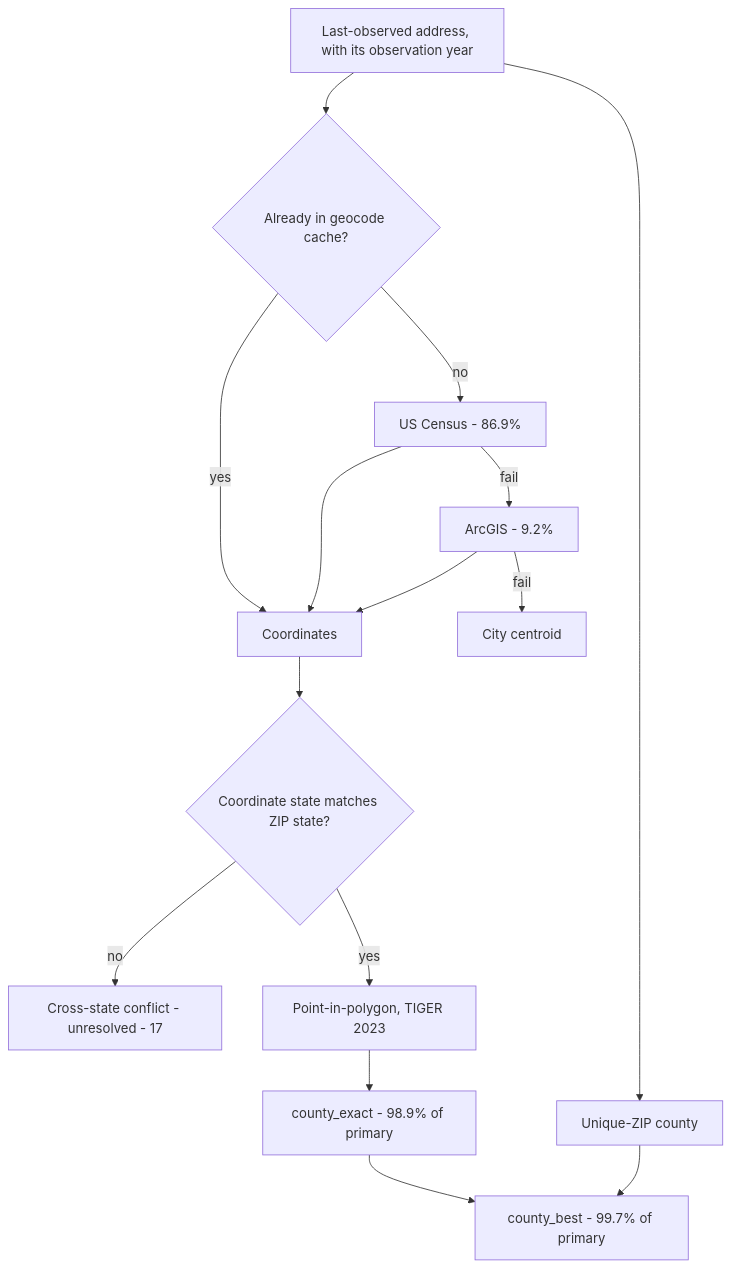
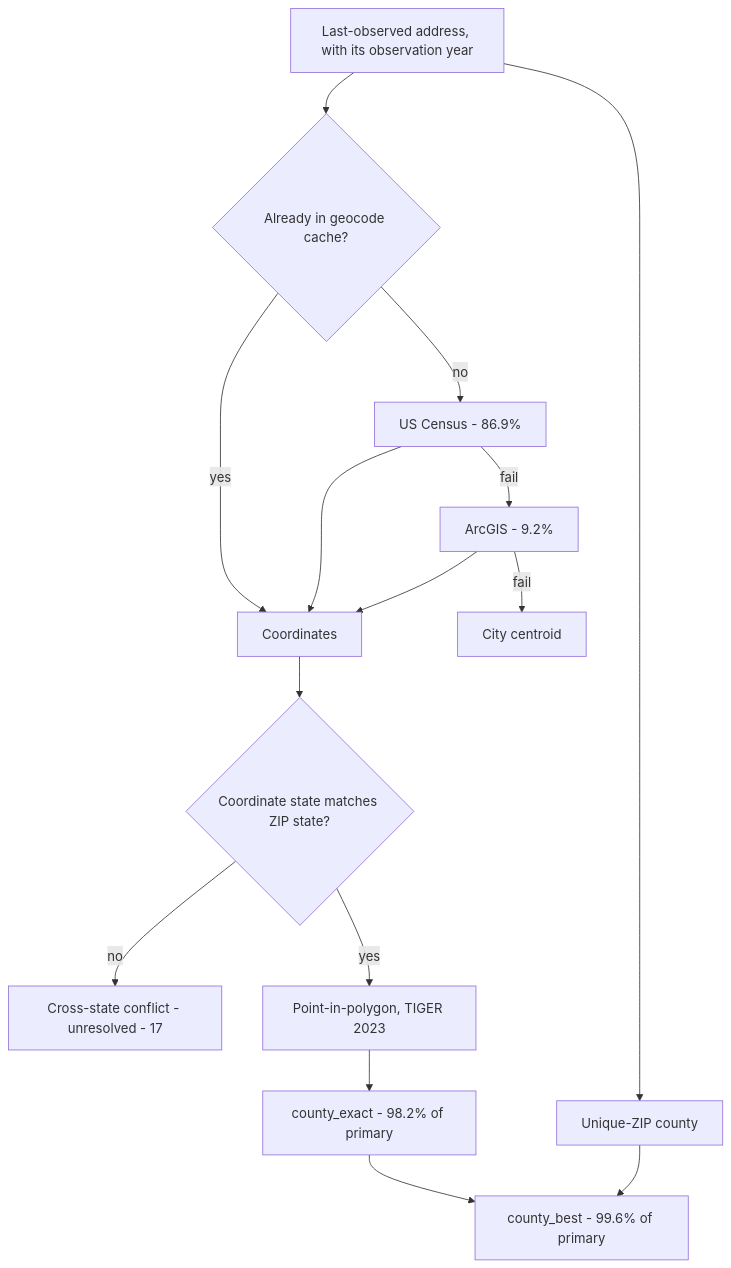
Before and after one commit to mufflyt/midwifery: the fourth of 5 diagrams in README.md, drawn with Mermaid. The commit also changed other lines of this file, not shown here.

````diff
--- a/README.md
+++ b/README.md
@@ -343,17 +344,17 @@
 ```mermaid
 flowchart TD
   A["Last-observed address, with its observation year"] --> B{"Already in geocode cache?"}
   B -->|yes| D["Coordinates"]
   B -->|no| C1["US Census - 86.9%"]
   C1 -->|fail| C2["ArcGIS - 9.2%"]
   C2 -->|fail| C3["City centroid"]
   C1 --> D
   C2 --> D
   D --> E{"Coordinate state matches ZIP state?"}
   E -->|no| X["Cross-state conflict - unresolved - 17"]
   E -->|yes| F["Point-in-polygon, TIGER 2023"]
-  F --> G["county_exact - 98.9% of primary"]
+  F --> G["county_exact - 98.2% of primary"]
   A --> H["Unique-ZIP county"]
-  G --> I["county_best - 99.7% of primary"]
+  G --> I["county_best - 99.6% of primary"]
   H --> I
 ```
````
